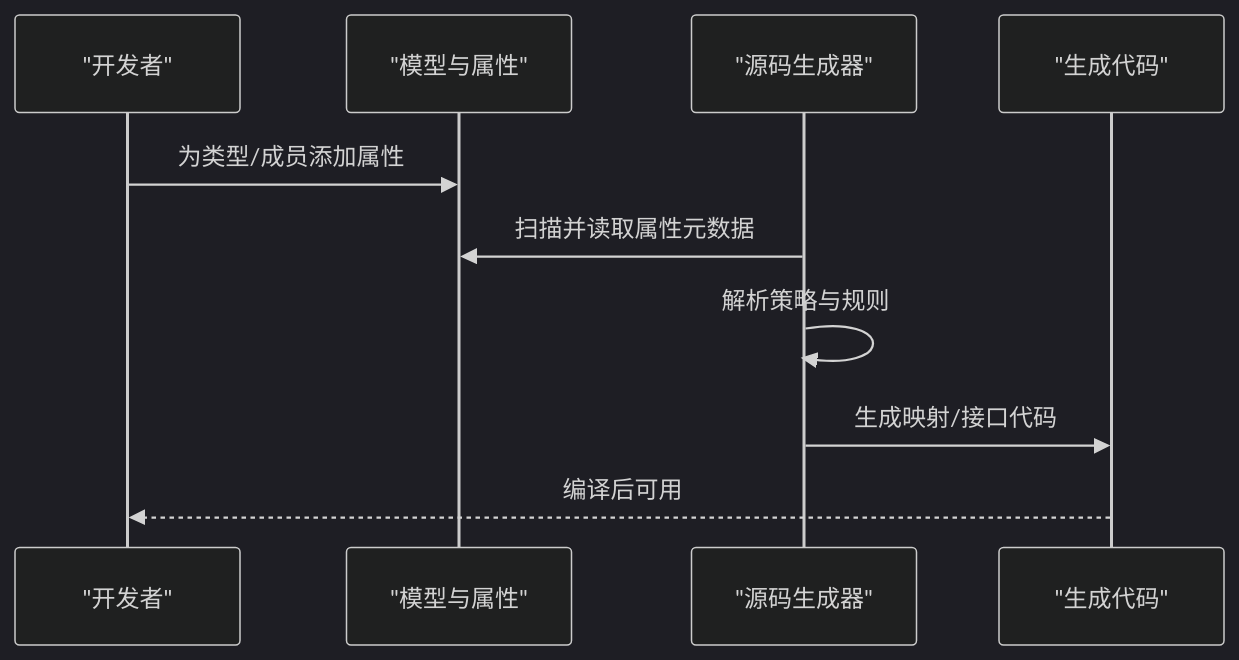
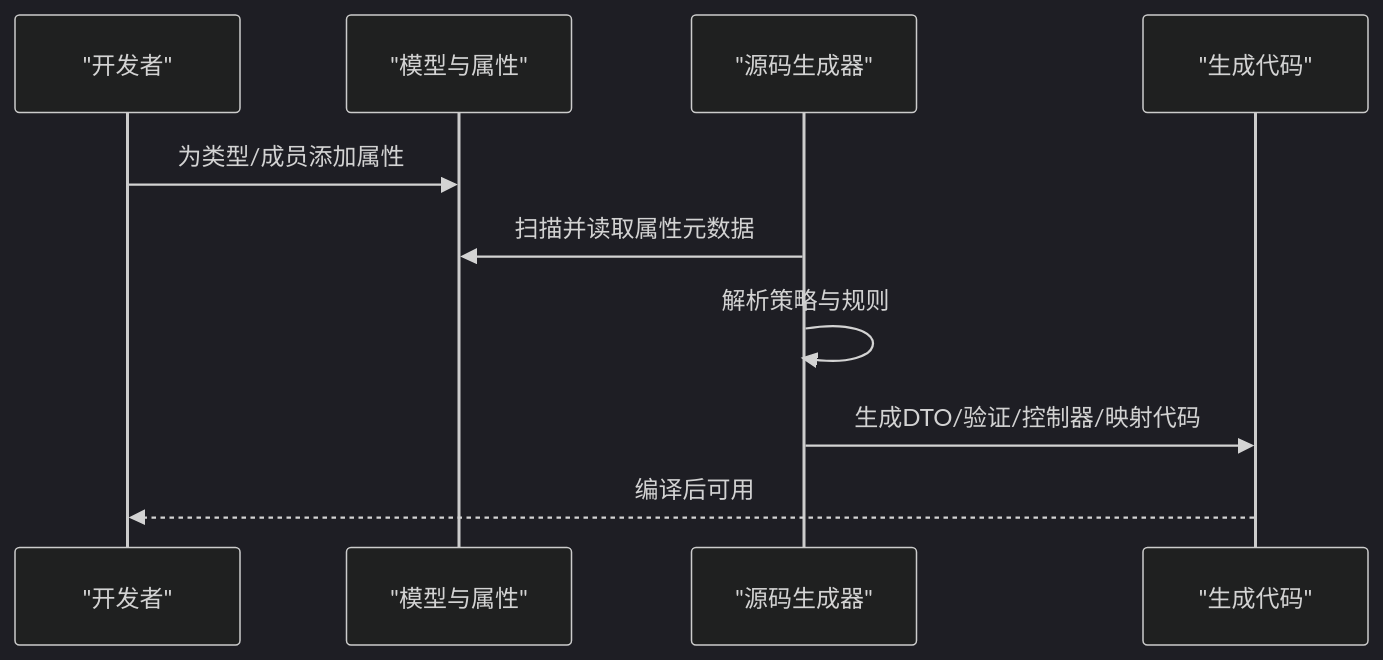
One commit to alivy/AutoCode changed the second of 3 diagrams in .qoder/repowiki/zh/content/核心概念/属性系统.md. Above: the diagram before and after it, drawn with Mermaid (dark theme). The commit also changed other lines of this file and 38 other files, not shown here.

````diff
--- a/.qoder/repowiki/zh/content/核心概念/属性系统.md
+++ b/.qoder/repowiki/zh/content/核心概念/属性系统.md
@@ -103,12 +128,12 @@
 ```mermaid
 sequenceDiagram
 participant Dev as "开发者"
 participant Model as "模型与属性"
 participant Gen as "源码生成器"
 participant Out as "生成代码"
 Dev->>Model : 为类型/成员添加属性
 Gen->>Model : 扫描并读取属性元数据
 Gen->>Gen : 解析策略与规则
-Gen->>Out : 生成映射/接口代码
+Gen->>Out : 生成DTO/验证/控制器/映射代码
 Out-->>Dev : 编译后可用
 ```
````
